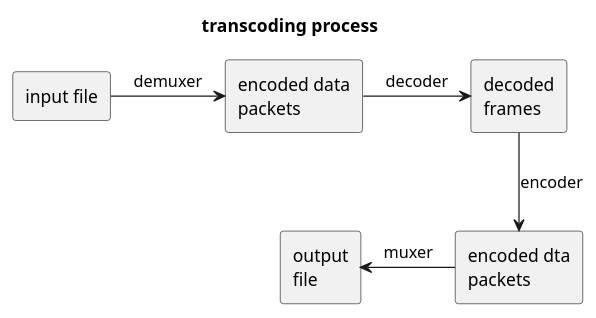
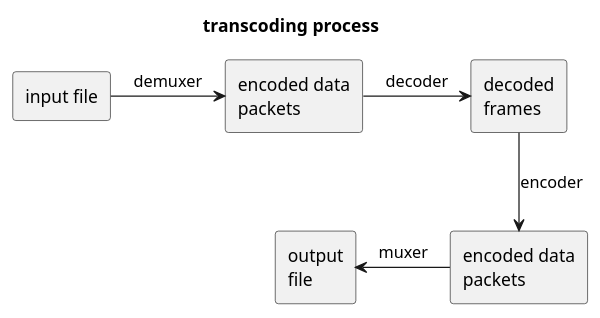
One commit to kevinwang930/kevinwang930.github.io changed the first of 3 diagrams in content/post/video/ffmpeg.md. Above: the diagram before and after it, drawn with PlantUML. The commit also changed other lines of this file and 14 other files, not shown here.

````diff
--- a/content/post/video/ffmpeg.md
+++ b/content/post/video/ffmpeg.md
@@ -18,17 +19,17 @@
 ``` plantuml
 title: transcoding process
 rectangle "input file" as input
 rectangle encoded [encoded data
 packets]
 rectangle decoded [decoded
 frames]
-rectangle encoded_data [encoded dta
+rectangle encoded_data [encoded data
 packets]
 rectangle output [output 
 file]
 input -right-> encoded: demuxer
 encoded-right-> decoded: decoder
 decoded -down-> encoded_data: encoder
 encoded_data -left-> output: muxer
 
 ```
````
